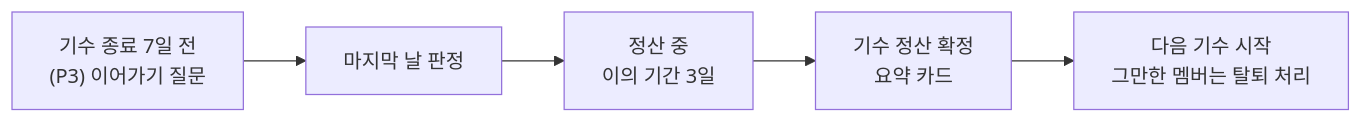
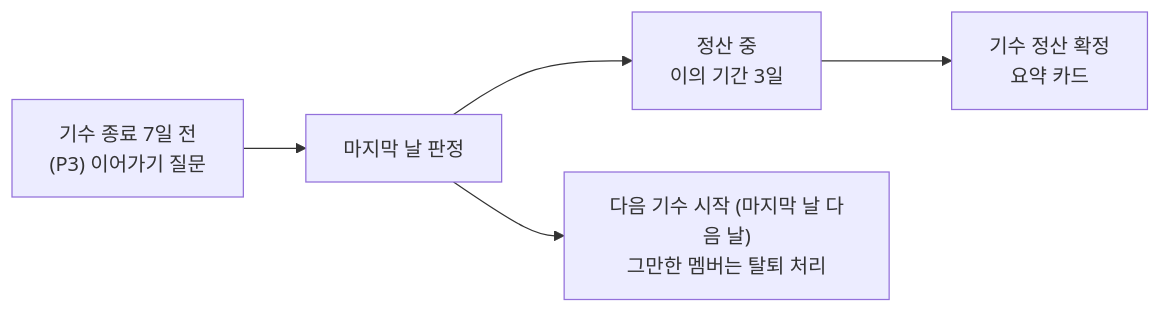
Before and after one commit to Duskafka/codingtest-harness: the diagram in docs/spec/processes/5.13-season.md, drawn with Mermaid. The commit also changed other lines of this file and 11 other files, not shown here.

````diff
--- a/docs/spec/processes/5.13-season.md
+++ b/docs/spec/processes/5.13-season.md
@@ -5,7 +5,7 @@
 ```mermaid
 flowchart LR
     A["기수 종료 7일 전<br/>(P3) 이어가기 질문"] --> B["마지막 날 판정"]
     B --> C["정산 중<br/>이의 기간 3일"]
     C --> D["기수 정산 확정<br/>요약 카드"]
-    D --> E["다음 기수 시작<br/>그만한 멤버는 탈퇴 처리"]
+    B --> E["다음 기수 시작 (마지막 날 다음 날)<br/>그만한 멤버는 탈퇴 처리"]
 ```
````
